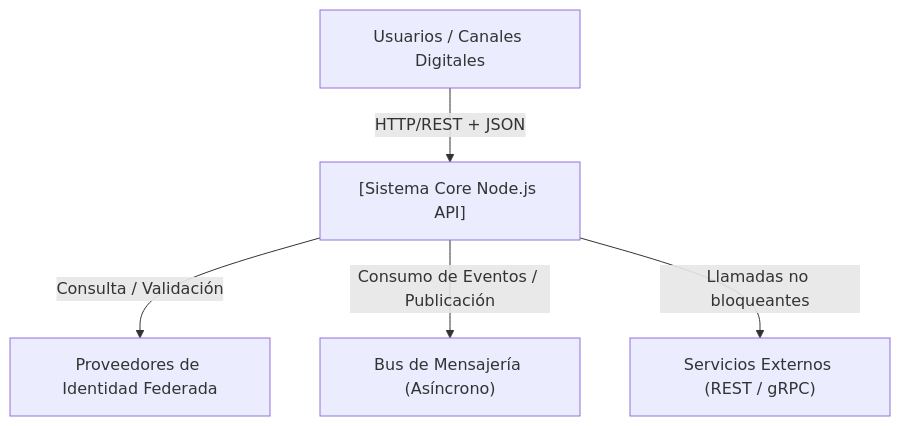
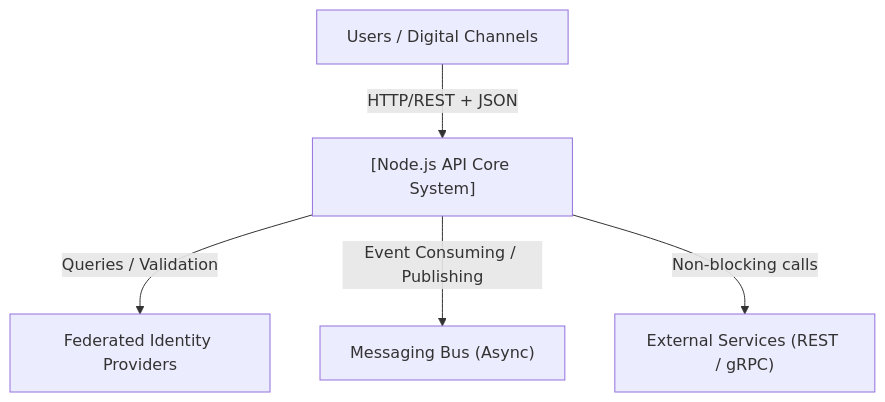
One commit to beyondnetcode/arc32_nodejs_progresive_monolith changed the first of 2 diagrams in arc-nodejs-workspace/docs/02-architecture/reference-architecture-nodejs-arc42.md. Above: the diagram before and after it, drawn with Mermaid. The commit also changed other lines of this file and 2 other files, not shown here.

````diff
--- a/arc-nodejs-workspace/docs/02-architecture/reference-architecture-nodejs-arc42.md
+++ b/arc-nodejs-workspace/docs/02-architecture/reference-architecture-nodejs-arc42.md
@@ -42,13 +42,13 @@
 ```mermaid
 graph TD
-    Users["Usuarios / Canales Digitales"]
-    System["[Sistema Core Node.js API]"]
-    ExternalAPI["Servicios Externos (REST / gRPC)"]
-    Identity["Proveedores de Identidad Federada"]
-    MessageBroker["Bus de Mensajería (Asíncrono)"]
+    Users["Users / Digital Channels"]
+    System["[Node.js API Core System]"]
+    ExternalAPI["External Services (REST / gRPC)"]
+    Identity["Federated Identity Providers"]
+    MessageBroker["Messaging Bus (Async)"]
 
     Users -->|HTTP/REST + JSON| System
-    System -->|Consulta / Validación| Identity
-    System -->|Consumo de Eventos / Publicación| MessageBroker
-    System -->|Llamadas no bloqueantes| ExternalAPI
+    System -->|Queries / Validation| Identity
+    System -->|Event Consuming / Publishing| MessageBroker
+    System -->|Non-blocking calls| ExternalAPI
 ```
````
